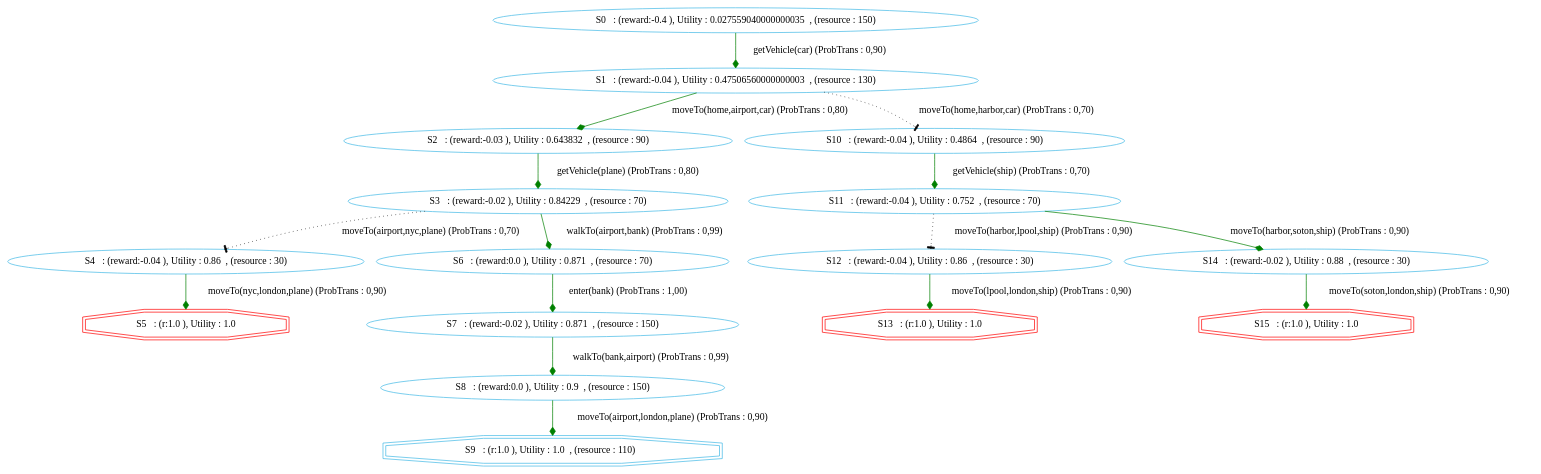
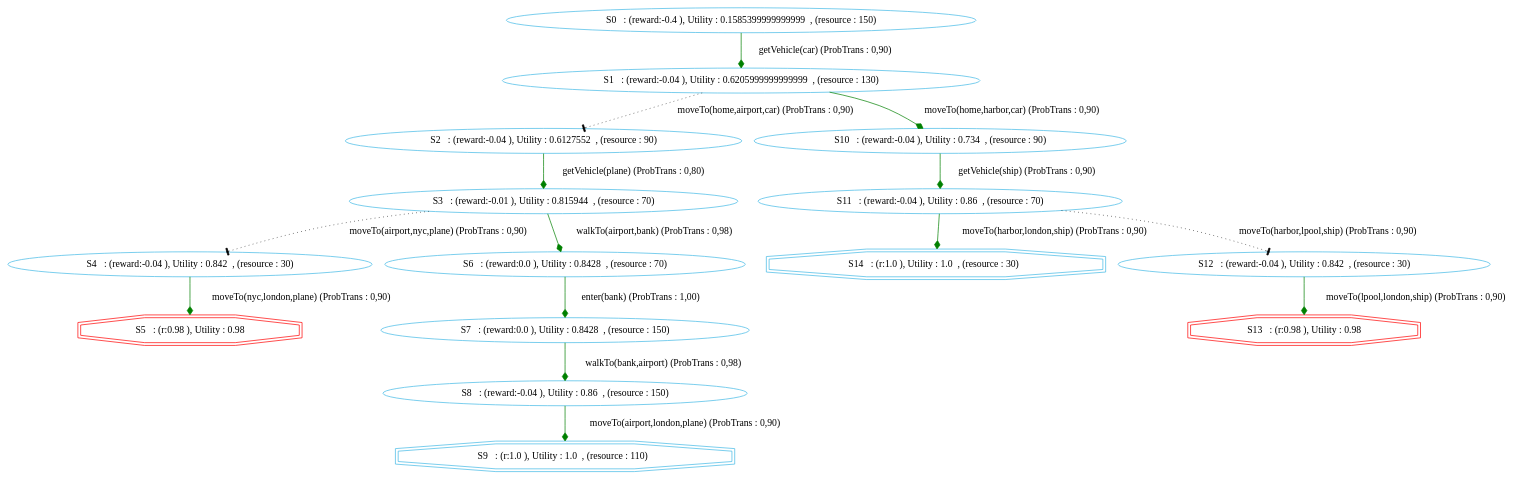
Before and after one commit to htiraHatem/CHIMP_MDP: the diagram in chimp/src/main/java/examples/MDP/gotolondon/gotolondonGraphVICHIMP0.dot, drawn with Graphviz. The commit also changed 3 other files, not shown here.

```diff
--- a/chimp/src/main/java/examples/MDP/gotolondon/gotolondonGraphVICHIMP0.dot
+++ b/chimp/src/main/java/examples/MDP/gotolondon/gotolondonGraphVICHIMP0.dot
@@ -1,23 +1,22 @@
 digraph {
   node [color="#40b9e5" ]
  size="60,17";
-"5" [label=" S5   : (r:1.0 ), Utility : 1.0 " color = red ,  shape=doubleoctagon]
+"5" [label=" S5   : (r:0.98 ), Utility : 0.98 " color = red ,  shape=doubleoctagon]
 "9" [label=" S9   : (r:1.0 ), Utility : 1.0  , (resource : 110)  " shape=doubleoctagon];
-"13" [label=" S13   : (r:1.0 ), Utility : 1.0 " color = red ,  shape=doubleoctagon]
-"15" [label=" S15   : (r:1.0 ), Utility : 1.0 " color = red ,  shape=doubleoctagon]
-"0" [label=" S0   : (reward:-0.4 ), Utility : 0.027559040000000035  , (resource : 150) "]"1" [label=" S1   : (reward:-0.04 ), Utility : 0.47506560000000003  , (resource : 130) "]"2" [label=" S2   : (reward:-0.03 ), Utility : 0.643832  , (resource : 90) "]"3" [label=" S3   : (reward:-0.02 ), Utility : 0.84229  , (resource : 70) "]"4" [label=" S4   : (reward:-0.04 ), Utility : 0.86  , (resource : 30) "]"6" [label=" S6   : (reward:0.0 ), Utility : 0.871  , (resource : 70) "]"7" [label=" S7   : (reward:-0.02 ), Utility : 0.871  , (resource : 150) "]"8" [label=" S8   : (reward:0.0 ), Utility : 0.9  , (resource : 150) "]"10" [label=" S10   : (reward:-0.04 ), Utility : 0.4864  , (resource : 90) "]"11" [label=" S11   : (reward:-0.04 ), Utility : 0.752  , (resource : 70) "]"12" [label=" S12   : (reward:-0.04 ), Utility : 0.86  , (resource : 30) "]"14" [label=" S14   : (reward:-0.02 ), Utility : 0.88  , (resource : 30) "]"0" -> "1" [ label="getVehicle(car) (ProbTrans : 0,90)"
-, arrowhead = diamond , color=green];"1" -> "2" [ label="moveTo(home,airport,car) (ProbTrans : 0,80)"
-, arrowhead = diamond , color=green];"1" -> "10" [ label="moveTo(home,harbor,car) (ProbTrans : 0,70)"
-,style=dotted, arrowhead=tee];"2" -> "3" [ label="getVehicle(plane) (ProbTrans : 0,80)"
-, arrowhead = diamond , color=green];"3" -> "4" [ label="moveTo(airport,nyc,plane) (ProbTrans : 0,70)"
-,style=dotted, arrowhead=tee];"3" -> "6" [ label="walkTo(airport,bank) (ProbTrans : 0,99)"
+"13" [label=" S13   : (r:0.98 ), Utility : 0.98 " color = red ,  shape=doubleoctagon]
+"14" [label=" S14   : (r:1.0 ), Utility : 1.0  , (resource : 30)  " shape=doubleoctagon];
+"0" [label=" S0   : (reward:-0.4 ), Utility : 0.1585399999999999  , (resource : 150) "]"1" [label=" S1   : (reward:-0.04 ), Utility : 0.6205999999999999  , (resource : 130) "]"2" [label=" S2   : (reward:-0.04 ), Utility : 0.6127552  , (resource : 90) "]"3" [label=" S3   : (reward:-0.01 ), Utility : 0.815944  , (resource : 70) "]"4" [label=" S4   : (reward:-0.04 ), Utility : 0.842  , (resource : 30) "]"6" [label=" S6   : (reward:0.0 ), Utility : 0.8428  , (resource : 70) "]"7" [label=" S7   : (reward:0.0 ), Utility : 0.8428  , (resource : 150) "]"8" [label=" S8   : (reward:-0.04 ), Utility : 0.86  , (resource : 150) "]"10" [label=" S10   : (reward:-0.04 ), Utility : 0.734  , (resource : 90) "]"11" [label=" S11   : (reward:-0.04 ), Utility : 0.86  , (resource : 70) "]"12" [label=" S12   : (reward:-0.04 ), Utility : 0.842  , (resource : 30) "]"0" -> "1" [ label="getVehicle(car) (ProbTrans : 0,90)"
+, arrowhead = diamond , color=green];"1" -> "2" [ label="moveTo(home,airport,car) (ProbTrans : 0,90)"
+,style=dotted, arrowhead=tee];"1" -> "10" [ label="moveTo(home,harbor,car) (ProbTrans : 0,90)"
+, arrowhead = diamond , color=green];"2" -> "3" [ label="getVehicle(plane) (ProbTrans : 0,80)"
+, arrowhead = diamond , color=green];"3" -> "4" [ label="moveTo(airport,nyc,plane) (ProbTrans : 0,90)"
+,style=dotted, arrowhead=tee];"3" -> "6" [ label="walkTo(airport,bank) (ProbTrans : 0,98)"
 , arrowhead = diamond , color=green];"4" -> "5" [ label="moveTo(nyc,london,plane) (ProbTrans : 0,90)"
 , arrowhead = diamond , color=green];"6" -> "7" [ label="enter(bank) (ProbTrans : 1,00)"
-, arrowhead = diamond , color=green];"7" -> "8" [ label="walkTo(bank,airport) (ProbTrans : 0,99)"
+, arrowhead = diamond , color=green];"7" -> "8" [ label="walkTo(bank,airport) (ProbTrans : 0,98)"
 , arrowhead = diamond , color=green];"8" -> "9" [ label="moveTo(airport,london,plane) (ProbTrans : 0,90)"
-, arrowhead = diamond , color=green];"10" -> "11" [ label="getVehicle(ship) (ProbTrans : 0,70)"
+, arrowhead = diamond , color=green];"10" -> "11" [ label="getVehicle(ship) (ProbTrans : 0,90)"
 , arrowhead = diamond , color=green];"11" -> "12" [ label="moveTo(harbor,lpool,ship) (ProbTrans : 0,90)"
-,style=dotted, arrowhead=tee];"11" -> "14" [ label="moveTo(harbor,soton,ship) (ProbTrans : 0,90)"
+,style=dotted, arrowhead=tee];"11" -> "14" [ label="moveTo(harbor,london,ship) (ProbTrans : 0,90)"
 , arrowhead = diamond , color=green];"12" -> "13" [ label="moveTo(lpool,london,ship) (ProbTrans : 0,90)"
-, arrowhead = diamond , color=green];"14" -> "15" [ label="moveTo(soton,london,ship) (ProbTrans : 0,90)"
 , arrowhead = diamond , color=green];}
```
